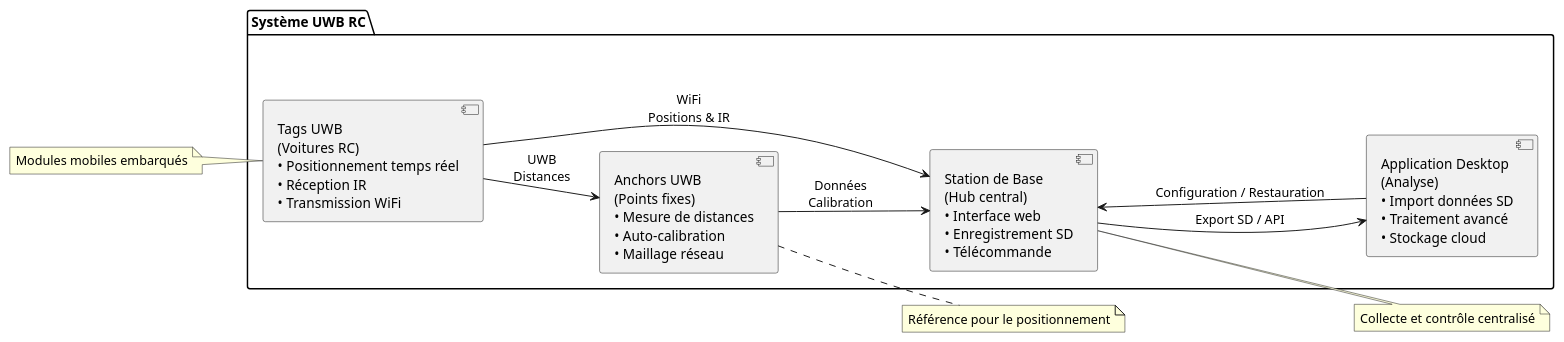
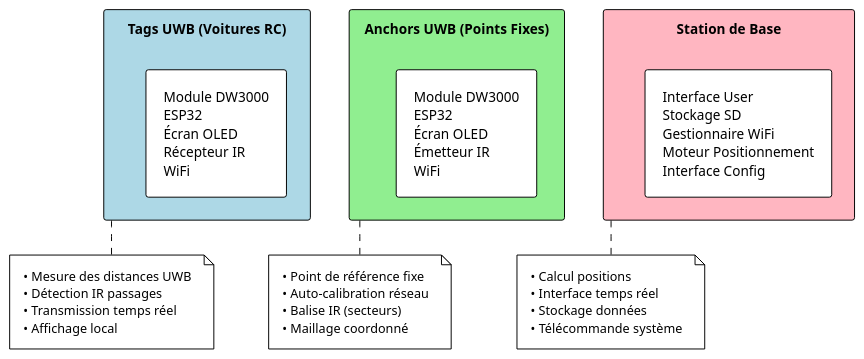
One commit to hugoMiCode/Documentation changed the first of 2 diagrams in docs/index.md. Above: the diagram before and after it, drawn with PlantUML. The commit also changed other lines of this file, not shown here.

Commit message:
feat: Revise system architecture documentation; enhance component descriptions and clarify relationships

````diff
--- a/docs/index.md
+++ b/docs/index.md
@@ -17,32 +10,69 @@
 ```puml
 @startuml
-' !theme plain
-left to right direction
+!theme plain
+skinparam componentStyle rectangle
+skinparam linetype ortho
+skinparam padding 8
+skinparam backgroundColor transparent
 
-package "Système UWB RC" {
-    component "Tags UWB\n(Voitures RC)\n• Positionnement temps réel\n• Réception IR\n• Transmission WiFi" as Tags
-    component "Anchors UWB\n(Points fixes)\n• Mesure de distances\n• Auto-calibration\n• Maillage réseau" as Anchors
-    component "Station de Base\n(Hub central)\n• Interface web\n• Enregistrement SD\n• Télécommande" as Station
-    component "Application Desktop\n(Analyse)\n• Import données SD\n• Traitement avancé\n• Stockage cloud" as App
+component "Tags UWB (Voitures RC)" as Tags #LightBlue {
+    component compTag [
+        Module DW3000
+        ESP32
+        Écran OLED
+        Récepteur IR
+        WiFi
+    ]
 }
 
-Tags --> Anchors : UWB\nDistances
-Anchors --> Station : Données\nCalibration
-Tags --> Station : WiFi\nPositions & IR
-Station --> App : Export SD / API
-App --> Station : Configuration / Restauration
+component "Anchors UWB (Points Fixes)" as Anchors #LightGreen {
+    component compAnchor [
+        Module DW3000
+        ESP32
+        Écran OLED
+        Émetteur IR
+        WiFi
+    ]
+}
 
-note left of Tags
-    Modules mobiles embarqués
+component "Station de Base" as Base #LightPink {
+    component compBase [
+        Interface User
+        Stockage SD
+        Gestionnaire WiFi
+        Moteur Positionnement
+        Interface Config
+    ]
+}
+
+
+' Relations principales
+' Tags <-> Anchors : UWB\nMesure distances
+' Tags -> Base : WiFi\nDonnées temps réel
+' Anchors -> Base : WiFi\nCalibration
+' Base --> Anchors : Contrôle
+' Base --> Tags : Configuration
+
+note bottom of Tags
+  • Mesure des distances UWB
+  • Détection IR passages
+  • Transmission temps réel
+  • Affichage local
 end note
 
-note right of Anchors
-    Référence pour le positionnement
+note bottom of Anchors
+  • Point de référence fixe
+  • Auto-calibration réseau
+  • Balise IR (secteurs)
+  • Maillage coordonné
 end note
 
-note right of Station
-    Collecte et contrôle centralisé
+note bottom of Base
+  • Calcul positions
+  • Interface temps réel
+  • Stockage données
+  • Télécommande système
 end note
 
 @enduml
 ```
````
